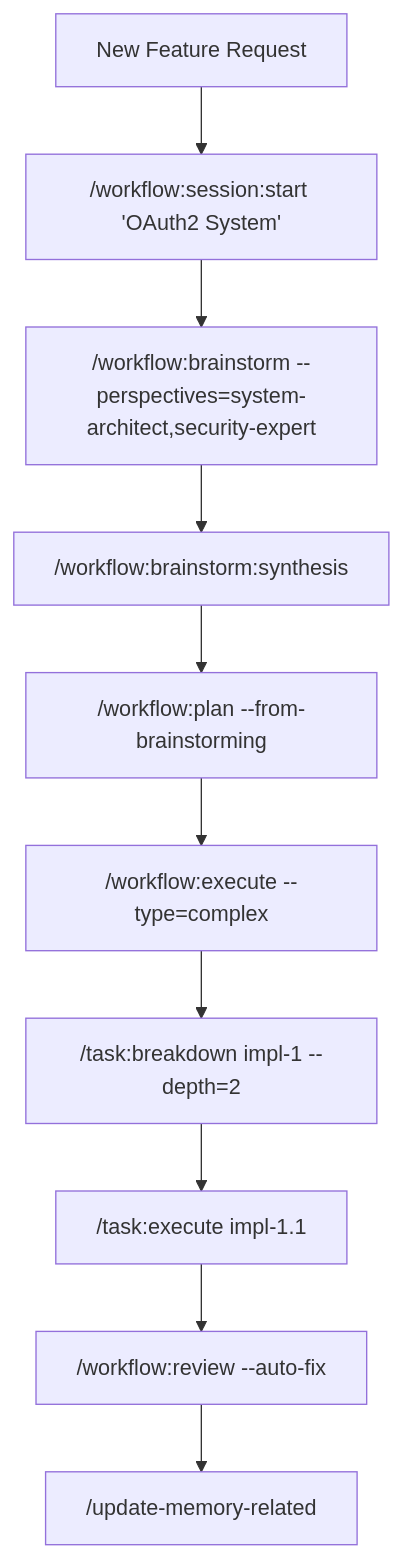
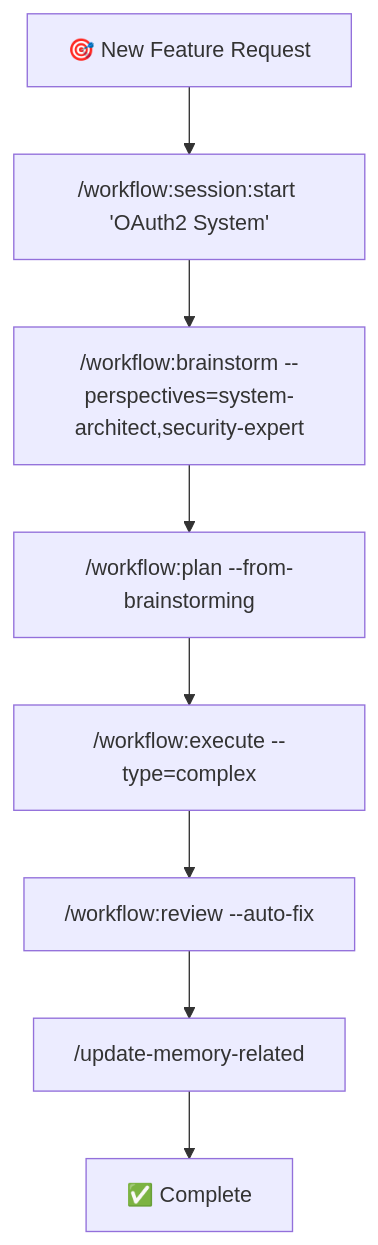
Before and after one commit to 74587/Claude-Code-Workflow: the second of 2 diagrams in README.md, drawn with Mermaid. The commit also changed other lines of this file and 1 other file, not shown here.

````diff
--- a/README.md
+++ b/README.md
@@ -152,12 +208,10 @@
 ```mermaid
 graph TD
-    START[New Feature Request] --> SESSION["/workflow:session:start 'OAuth2 System'"]
+    START[🎯 New Feature Request] --> SESSION["/workflow:session:start 'OAuth2 System'"]
     SESSION --> BRAINSTORM["/workflow:brainstorm --perspectives=system-architect,security-expert"]
-    BRAINSTORM --> SYNTHESIS["/workflow:brainstorm:synthesis"]
-    SYNTHESIS --> PLAN["/workflow:plan --from-brainstorming"]
+    BRAINSTORM --> PLAN["/workflow:plan --from-brainstorming"]
     PLAN --> EXECUTE["/workflow:execute --type=complex"]
-    EXECUTE --> TASKS["/task:breakdown impl-1 --depth=2"]
-    TASKS --> IMPL["/task:execute impl-1.1"]
-    IMPL --> REVIEW["/workflow:review --auto-fix"]
+    EXECUTE --> REVIEW["/workflow:review --auto-fix"]
     REVIEW --> DOCS["/update-memory-related"]
+    DOCS --> COMPLETE[✅ Complete]
 ```
````
